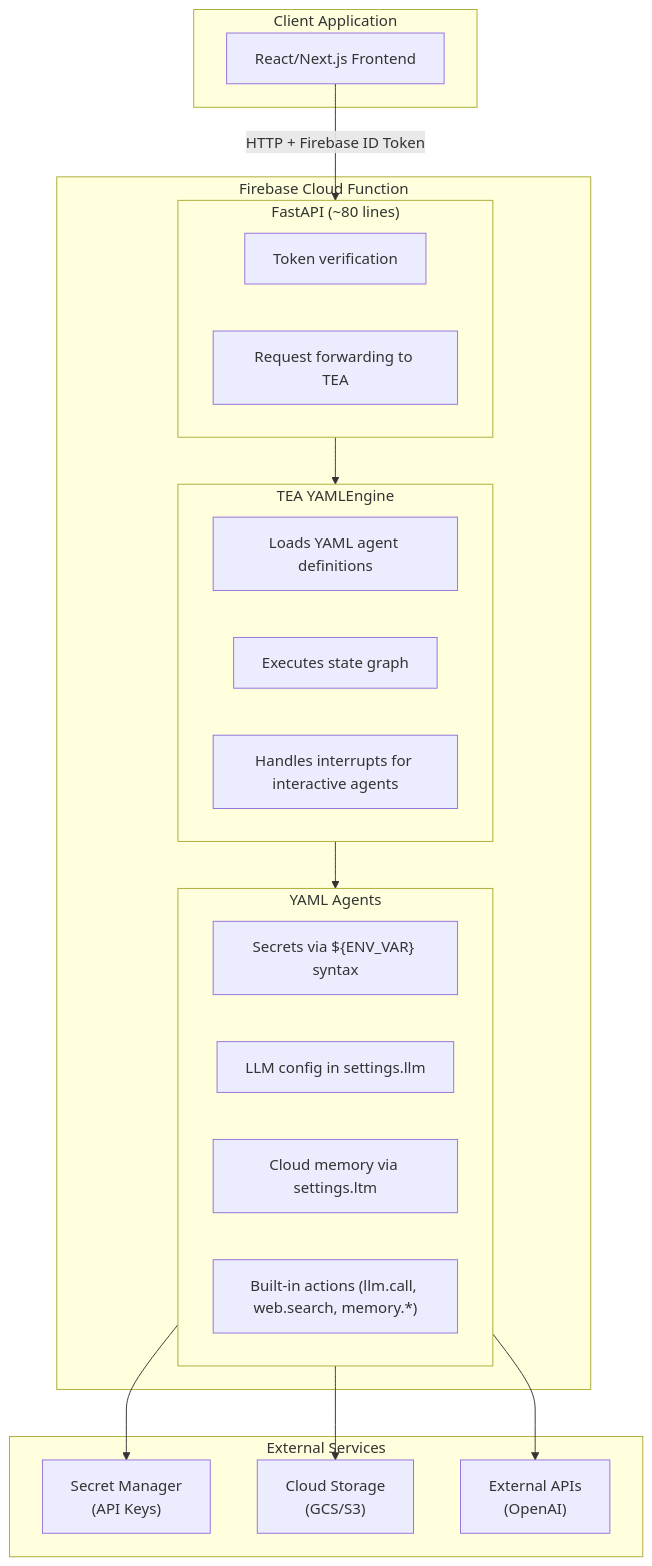
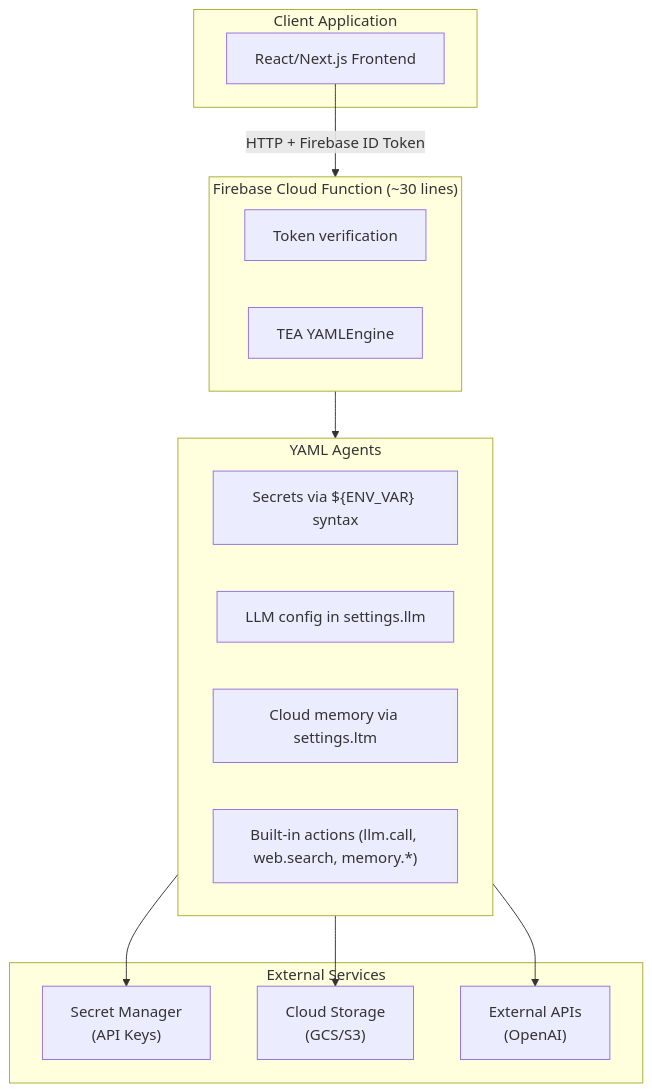
Before and after one commit to fabceolin/the_edge_agent: the diagram in docs/articles/cloud-production-firebase.md, drawn with Mermaid. The commit also changed other lines of this file and 41 other files, not shown here.

````diff
--- a/docs/articles/cloud-production-firebase.md
+++ b/docs/articles/cloud-production-firebase.md
@@ -38,39 +38,30 @@
 ```mermaid
 flowchart TB
     subgraph Client["Client Application"]
         Frontend["React/Next.js Frontend"]
     end
 
-    subgraph CloudFunction["Firebase Cloud Function"]
-        subgraph FastAPI["FastAPI (~80 lines)"]
-            TokenVerify["Token verification"]
-            RequestForward["Request forwarding to TEA"]
-        end
+    subgraph CloudFunction["Firebase Cloud Function (~30 lines)"]
+        TokenVerify["Token verification"]
+        TEAEngine["TEA YAMLEngine"]
+    end
 
-        subgraph YAMLEngine["TEA YAMLEngine"]
-            LoadYAML["Loads YAML agent definitions"]
-            ExecuteGraph["Executes state graph"]
-            HandleInterrupts["Handles interrupts for interactive agents"]
-        end
-
-        subgraph YAMLAgents["YAML Agents"]
-            Secrets["Secrets via ${ENV_VAR} syntax"]
-            LLMConfig["LLM config in settings.llm"]
-            CloudMemory["Cloud memory via settings.ltm"]
-            BuiltinActions["Built-in actions (llm.call, web.search, memory.*)"]
-        end
+    subgraph YAMLAgents["YAML Agents"]
+        Secrets["Secrets via ${ENV_VAR} syntax"]
+        LLMConfig["LLM config in settings.llm"]
+        CloudMemory["Cloud memory via settings.ltm"]
+        BuiltinActions["Built-in actions (llm.call, web.search, memory.*)"]
     end
 
     subgraph ExternalServices["External Services"]
         SecretManager["Secret Manager<br/>(API Keys)"]
         CloudStorage["Cloud Storage<br/>(GCS/S3)"]
         ExternalAPIs["External APIs<br/>(OpenAI)"]
     end
 
-    Frontend -->|"HTTP + Firebase ID Token"| FastAPI
-    FastAPI --> YAMLEngine
-    YAMLEngine --> YAMLAgents
+    Frontend -->|"HTTP + Firebase ID Token"| CloudFunction
+    CloudFunction --> YAMLAgents
     YAMLAgents --> SecretManager
     YAMLAgents --> CloudStorage
     YAMLAgents --> ExternalAPIs
 ```
````
